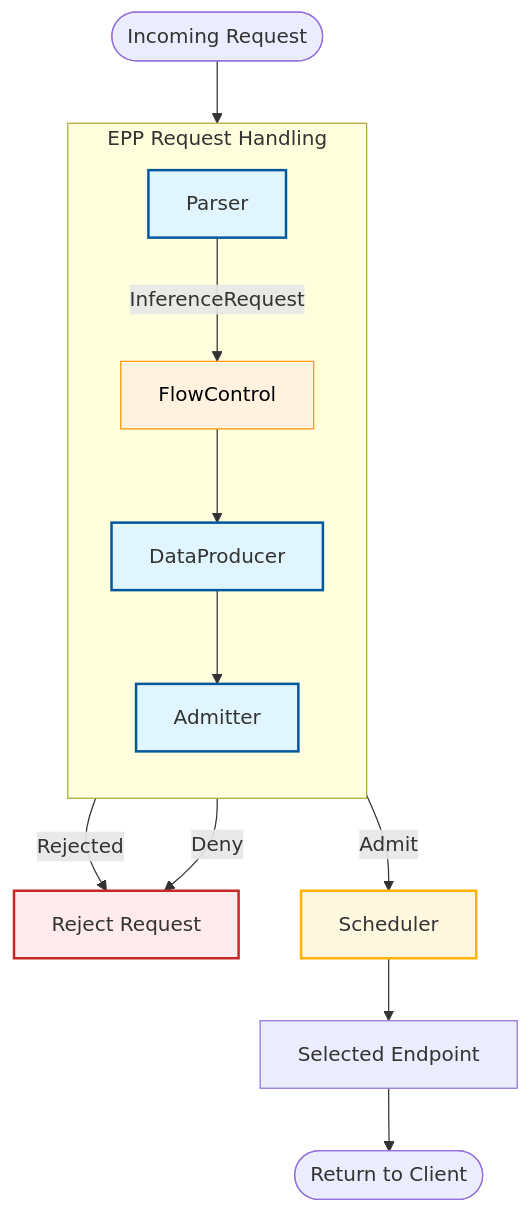
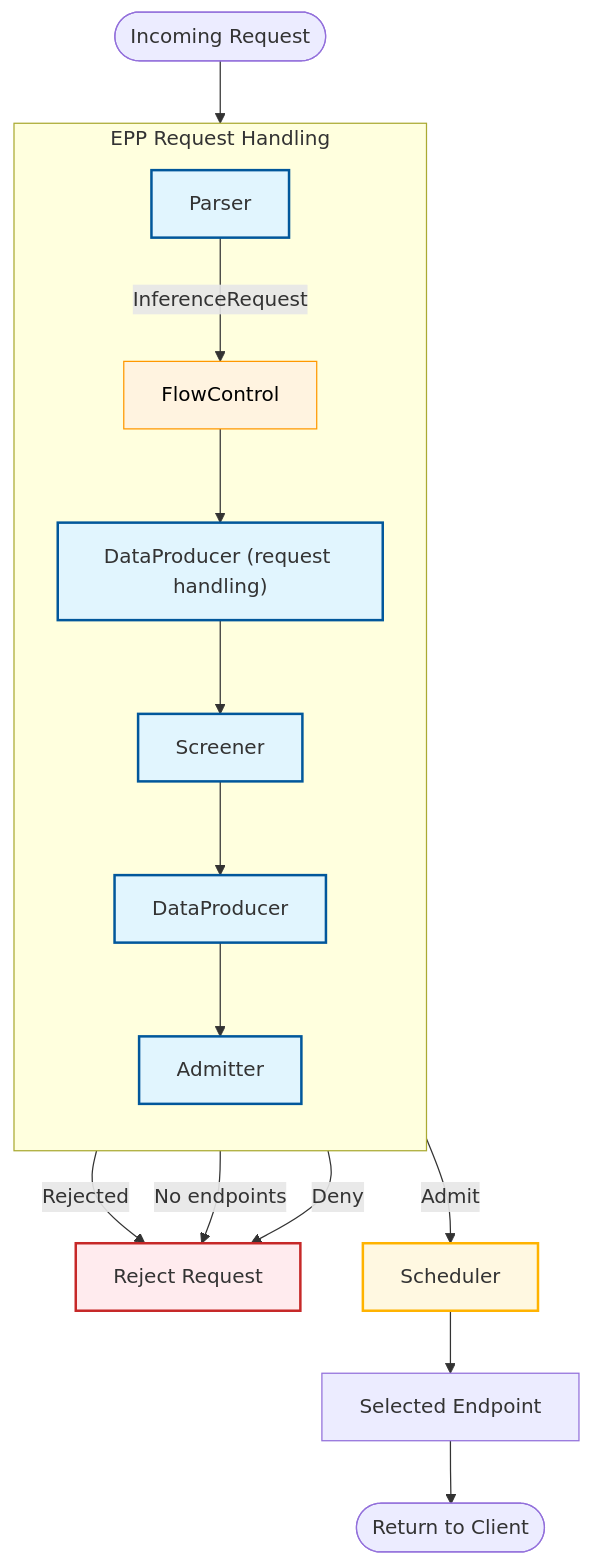
One commit to llm-d/llm-d changed the diagram in docs/architecture/router/request-handling.md. Above: the diagram before and after it, drawn with Mermaid. The commit also changed other lines of this file and 2 other files, not shown here.

Commit message:
docs(router): document data producers that run before screeners
llm-d-router #3812 added requestHandler.dataProducers and a request
handling phase in which data producers run on the located endpoints
before screeners, so screeners can consume their data. The API reference
and the configuration and request handling docs did not cover it, and
the request handling doc did not mention screeners.

Document the DataProducerConfig field, the two producer phases and how
producers are placed in them, and add screeners and the request handling
producer phase to the request handling flow.

````diff
--- a/docs/architecture/router/request-handling.md
+++ b/docs/architecture/router/request-handling.md
@@ -11,36 +11,41 @@
 ```mermaid
 flowchart TD
     %% Style Definitions
     classDef highlight fill:#e1f5fe,stroke:#01579b,stroke-width:2px;
     classDef accent fill:#fff8e1,stroke:#ffb300,stroke-width:2px;
     classDef danger fill:#ffebee,stroke:#c62828,stroke-width:2px;
     classDef flowcontrol fill:#fff3e0,stroke:#ff9800,color:#000
 
     %% Nodes
     Req([Incoming Request])
     Client([Return to Client])
     Reject[Reject Request]:::danger
 
 
 
     subgraph EPP ["EPP Request Handling"]
         direction TB
         Parse[Parser]:::highlight
+        PrepRH["DataProducer (request handling)"]:::highlight
+        Screen[Screener]:::highlight
         Prep[DataProducer]:::highlight
         FC[FlowControl]:::flowcontrol
         Admit[Admitter]:::highlight
     end
 
     Scheduler[Scheduler]:::accent
 
     %% Connections
     Req --> Parse
     Parse -->|InferenceRequest| FC
-    FC --> Prep
+    FC --> PrepRH
     FC -->|"Rejected"| Reject
+    PrepRH --> Screen
+    Screen --> Prep
+    Screen -->|"No endpoints"| Reject
     Prep --> Admit
     Admit -->|"Admit"| Scheduler
     Admit -->|"Deny"| Reject
     Scheduler --> Endpoint[Selected Endpoint]
     Endpoint --> Client
 ```
````
